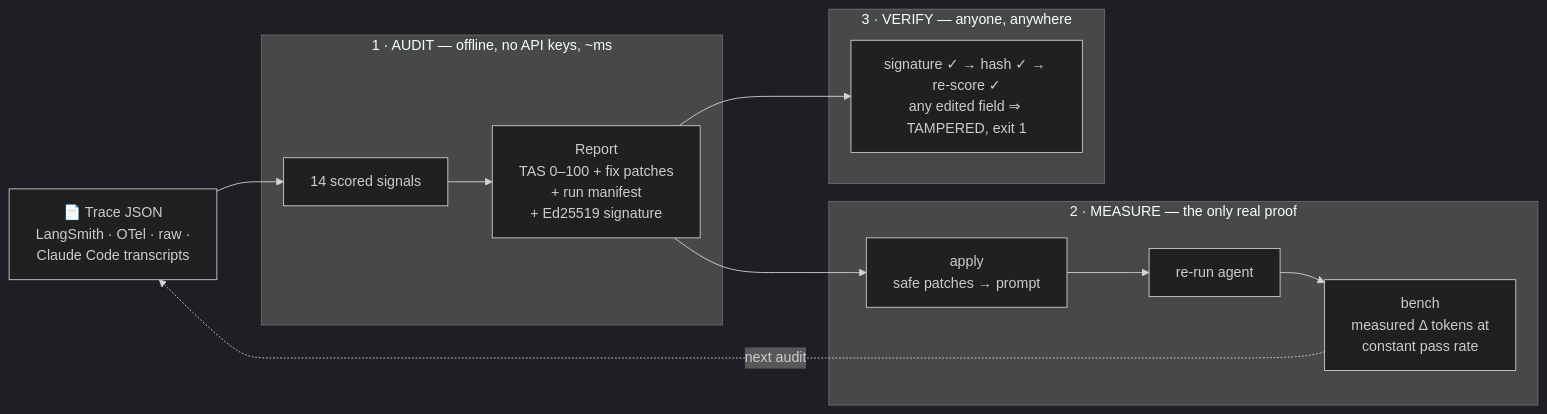
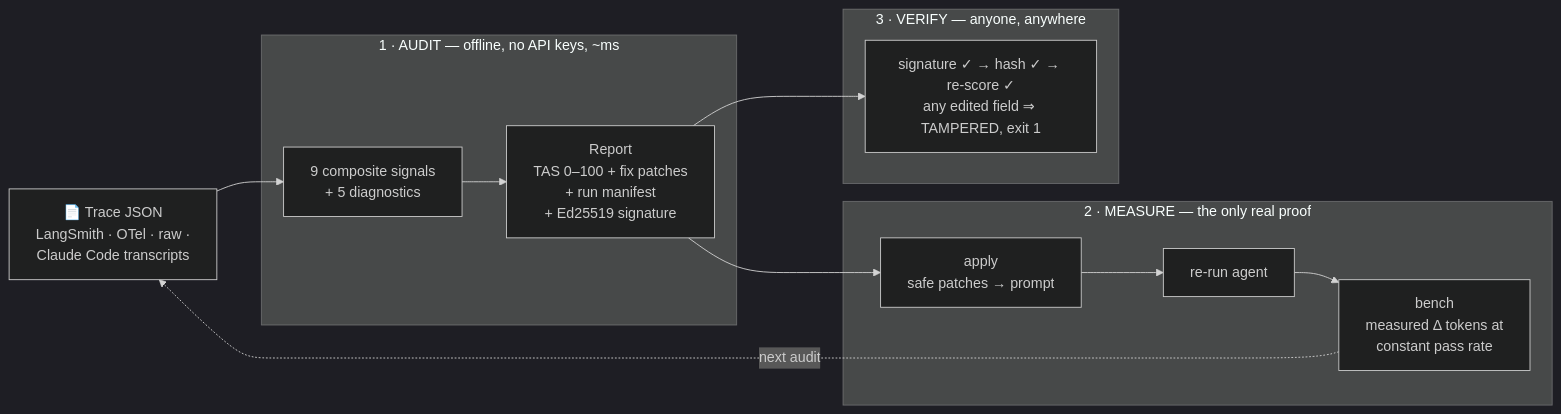
One commit to ZulfaqarHafez/TraceRazor changed the first of 7 diagrams in README.md. Above: the diagram before and after it, drawn with Mermaid (dark theme). The commit also changed other lines of this file and 24 other files, not shown here.

````diff
--- a/README.md
+++ b/README.md
@@ -21,22 +21,22 @@
 ```mermaid
 flowchart LR
     T["📄 Trace JSON<br/>LangSmith · OTel · raw ·<br/>Claude Code transcripts"]
 
     subgraph AUDIT["1 · AUDIT — offline, no API keys, ~ms"]
-        A["14 scored signals"] --> R["Report<br/>TAS 0–100 + fix patches<br/>+ run manifest<br/>+ Ed25519 signature"]
+        A["9 composite signals<br/>+ 5 diagnostics"] --> R["Report<br/>TAS 0–100 + fix patches<br/>+ run manifest<br/>+ Ed25519 signature"]
     end
 
     subgraph MEASURE["2 · MEASURE — the only real proof"]
         F["apply<br/>safe patches → prompt"] --> RR["re-run agent"]
         RR --> B["bench<br/>measured Δ tokens at<br/>constant pass rate"]
     end
 
     subgraph VERIFY["3 · VERIFY — anyone, anywhere"]
         V["signature ✓ → hash ✓ → re-score ✓<br/>any edited field ⇒ TAMPERED, exit 1"]
     end
 
     T --> A
     R --> F
     R --> V
     B -.->|next audit| T
 ```
````
